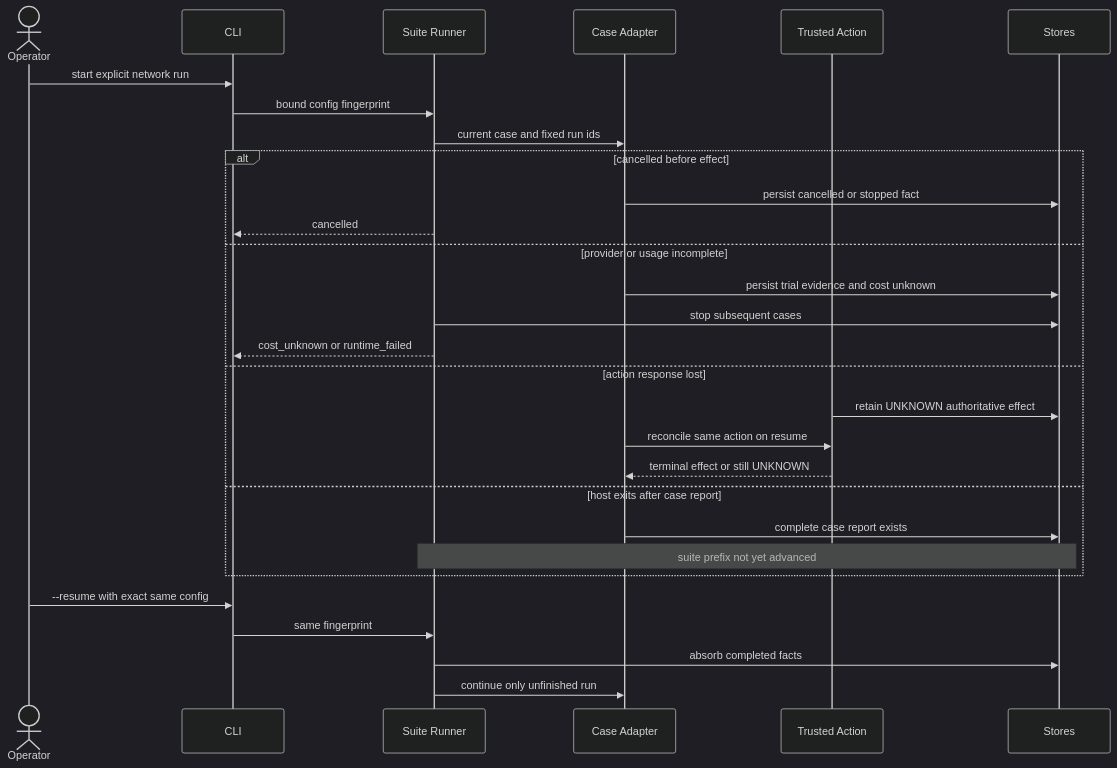
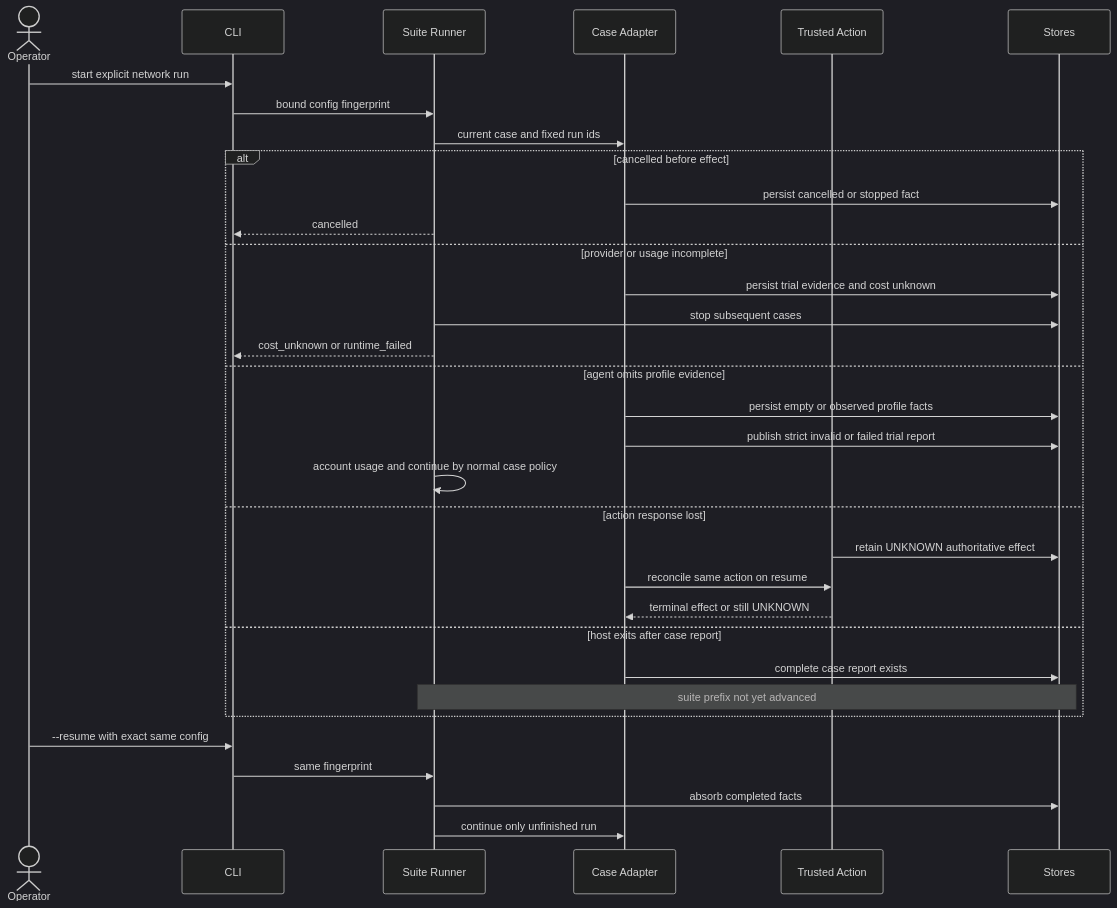
One commit to carrie1988/Harnessix changed the fifth of 8 diagrams in docs/changes/m09-2e-controlled-real-provider-baseline.md. Above: the diagram before and after it, drawn with Mermaid (dark theme). The commit also changed other lines of this file and 15 other files, not shown here.

````diff
--- a/docs/changes/m09-2e-controlled-real-provider-baseline.md
+++ b/docs/changes/m09-2e-controlled-real-provider-baseline.md
@@ -222,31 +223,35 @@
 ```mermaid
 sequenceDiagram
     actor O as Operator
     participant L as CLI
     participant R as Suite Runner
     participant C as Case Adapter
     participant T as Trusted Action
     participant S as Stores
     O->>L: start explicit network run
     L->>R: bound config fingerprint
     R->>C: current case and fixed run ids
     alt cancelled before effect
         C->>S: persist cancelled or stopped fact
         R-->>L: cancelled
     else provider or usage incomplete
         C->>S: persist trial evidence and cost unknown
         R->>S: stop subsequent cases
         R-->>L: cost_unknown or runtime_failed
+    else agent omits profile evidence
+        C->>S: persist empty or observed profile facts
+        C->>S: publish strict invalid or failed trial report
+        R->>R: account usage and continue by normal case policy
     else action response lost
         T->>S: retain UNKNOWN authoritative effect
         C->>T: reconcile same action on resume
         T-->>C: terminal effect or still UNKNOWN
     else host exits after case report
         C->>S: complete case report exists
         Note over R,S: suite prefix not yet advanced
     end
     O->>L: --resume with exact same config
     L->>R: same fingerprint
     R->>S: absorb completed facts
     R->>C: continue only unfinished run
 ```
````
